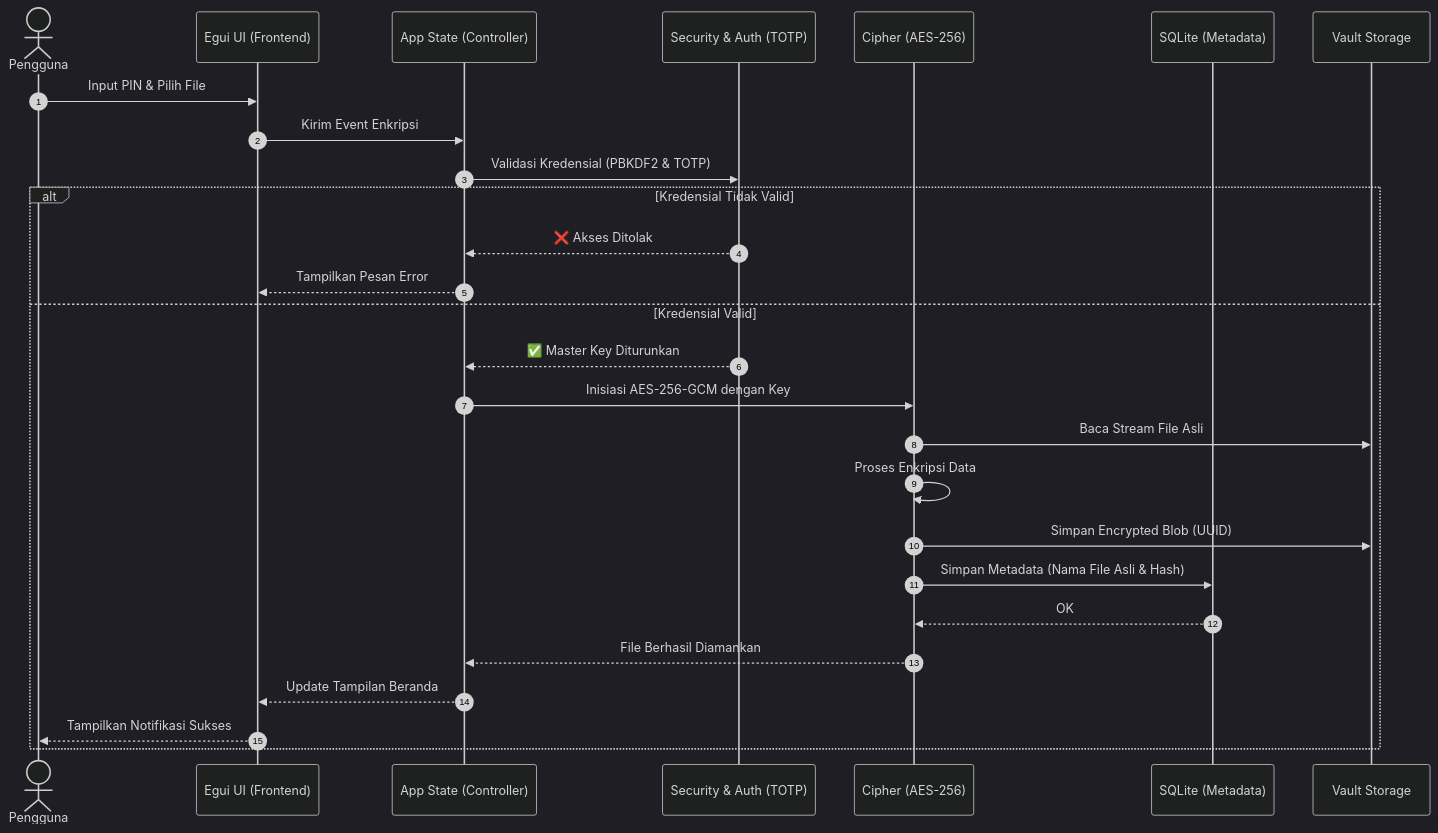
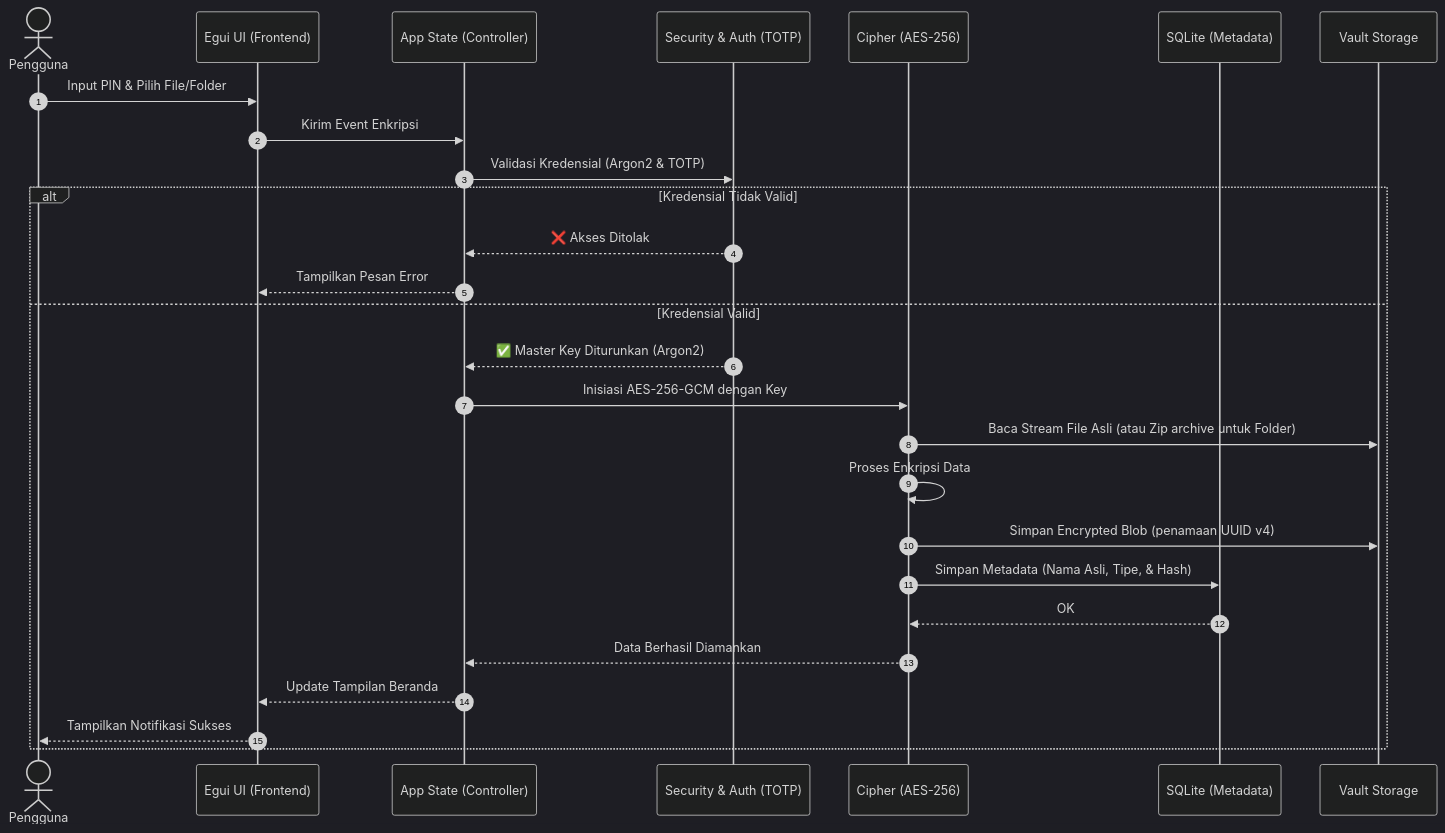
Before and after one commit to Anuvbis12/DataVault: the diagram in README.md, drawn with Mermaid (dark theme). The commit also changed other lines of this file, not shown here.

Commit message:
docs: update system architecture diagram and dependencies to reflect folder support, Argon2 migration, and Android platform integration

````diff
--- a/README.md
+++ b/README.md
@@ -196,31 +196,31 @@
 ```mermaid
 sequenceDiagram
     autonumber
     actor User as Pengguna
     participant GUI as Egui UI (Frontend)
     participant Core as App State (Controller)
     participant Auth as Security & Auth (TOTP)
     participant Crypto as Cipher (AES-256)
     participant DB as SQLite (Metadata)
     participant FS as Vault Storage
 
-    User->>GUI: Input PIN & Pilih File
+    User->>GUI: Input PIN & Pilih File/Folder
     GUI->>Core: Kirim Event Enkripsi
-    Core->>Auth: Validasi Kredensial (PBKDF2 & TOTP)
+    Core->>Auth: Validasi Kredensial (Argon2 & TOTP)
     
     alt Kredensial Tidak Valid
         Auth-->>Core: ❌ Akses Ditolak
         Core-->>GUI: Tampilkan Pesan Error
     else Kredensial Valid
-        Auth-->>Core: ✅ Master Key Diturunkan
+        Auth-->>Core: ✅ Master Key Diturunkan (Argon2)
         Core->>Crypto: Inisiasi AES-256-GCM dengan Key
-        Crypto->>FS: Baca Stream File Asli
+        Crypto->>FS: Baca Stream File Asli (atau Zip archive untuk Folder)
         Crypto->>Crypto: Proses Enkripsi Data
-        Crypto->>FS: Simpan Encrypted Blob (UUID)
-        Crypto->>DB: Simpan Metadata (Nama File Asli & Hash)
+        Crypto->>FS: Simpan Encrypted Blob (penamaan UUID v4)
+        Crypto->>DB: Simpan Metadata (Nama Asli, Tipe, & Hash)
         DB-->>Crypto: OK
-        Crypto-->>Core: File Berhasil Diamankan
+        Crypto-->>Core: Data Berhasil Diamankan
         Core-->>GUI: Update Tampilan Beranda
         GUI-->>User: Tampilkan Notifikasi Sukses
     end
 ```
````
